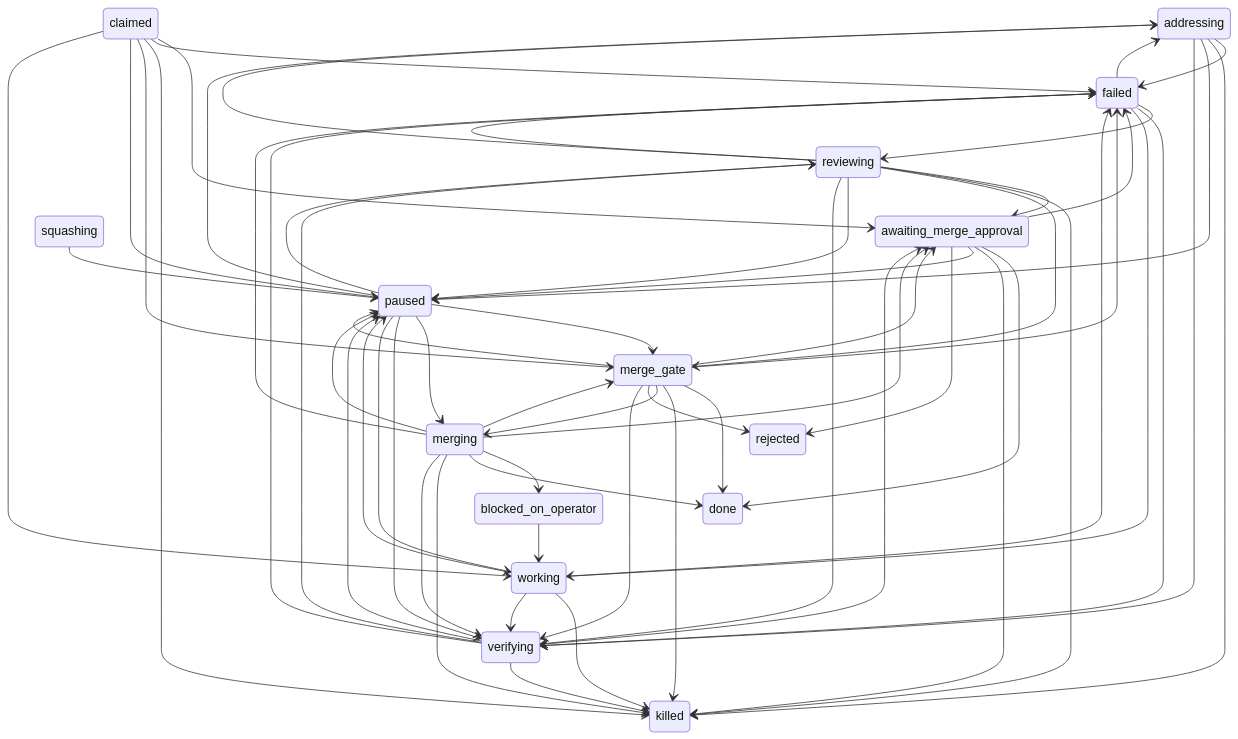
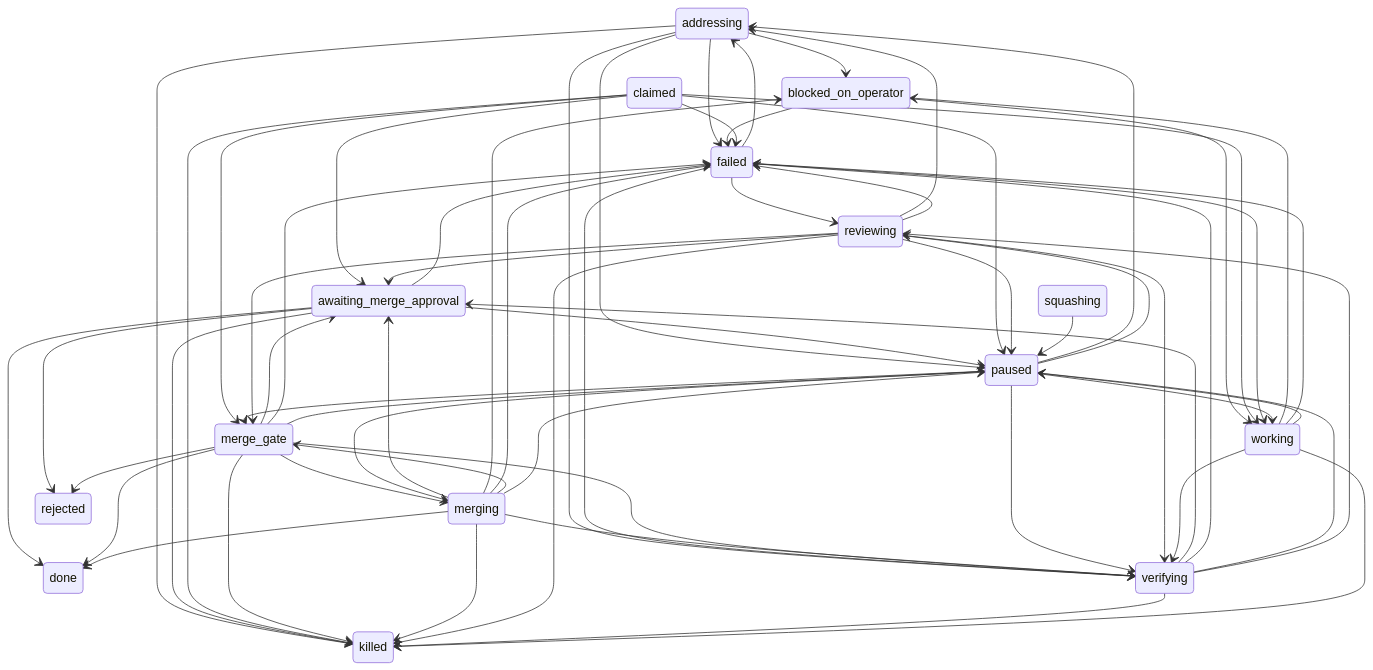
The second of 2 diagrams in docs/loop.md (wevial/holophyte), drawn with Mermaid before and after one commit. The commit also changed 18 other files, not shown here.

````diff
--- a/docs/loop.md
+++ b/docs/loop.md
@@ -414,77 +414,80 @@
 ```mermaid
 stateDiagram-v2
     addressing
     awaiting_merge_approval
     blocked_on_operator
     claimed
     done
     failed
     killed
     merge_gate
     merging
     paused
     rejected
     reviewing
     squashing
     verifying
     working
+    addressing --> blocked_on_operator
     addressing --> failed
     addressing --> killed
     addressing --> paused
     addressing --> verifying
     awaiting_merge_approval --> done
     awaiting_merge_approval --> failed
     awaiting_merge_approval --> killed
     awaiting_merge_approval --> paused
     awaiting_merge_approval --> rejected
+    blocked_on_operator --> failed
     blocked_on_operator --> working
     claimed --> awaiting_merge_approval
     claimed --> failed
     claimed --> killed
     claimed --> merge_gate
     claimed --> paused
     claimed --> working
     failed --> addressing
     failed --> reviewing
     failed --> verifying
     failed --> working
     merge_gate --> awaiting_merge_approval
     merge_gate --> done
     merge_gate --> failed
     merge_gate --> killed
     merge_gate --> merging
     merge_gate --> paused
     merge_gate --> rejected
     merge_gate --> verifying
     merging --> awaiting_merge_approval
     merging --> blocked_on_operator
     merging --> done
     merging --> failed
     merging --> killed
     merging --> merge_gate
     merging --> paused
     merging --> verifying
     paused --> addressing
     paused --> merge_gate
     paused --> merging
     paused --> reviewing
     paused --> verifying
     paused --> working
     reviewing --> addressing
     reviewing --> awaiting_merge_approval
     reviewing --> failed
     reviewing --> killed
     reviewing --> merge_gate
     reviewing --> paused
     reviewing --> verifying
     squashing --> paused
     verifying --> awaiting_merge_approval
     verifying --> failed
     verifying --> killed
     verifying --> paused
     verifying --> reviewing
+    working --> blocked_on_operator
     working --> failed
     working --> killed
     working --> paused
     working --> verifying
 ```
````
